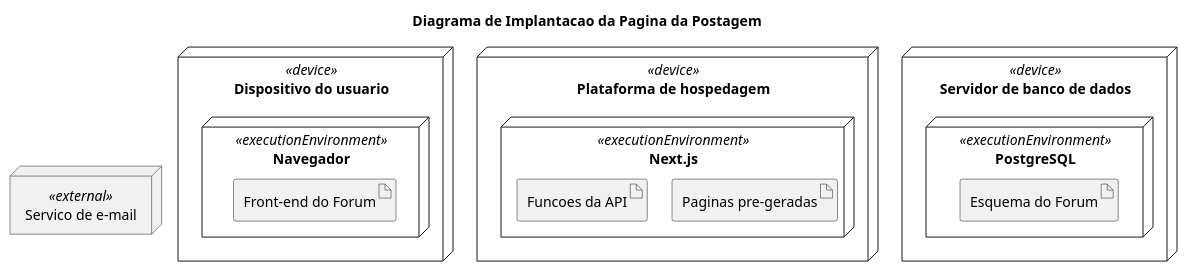
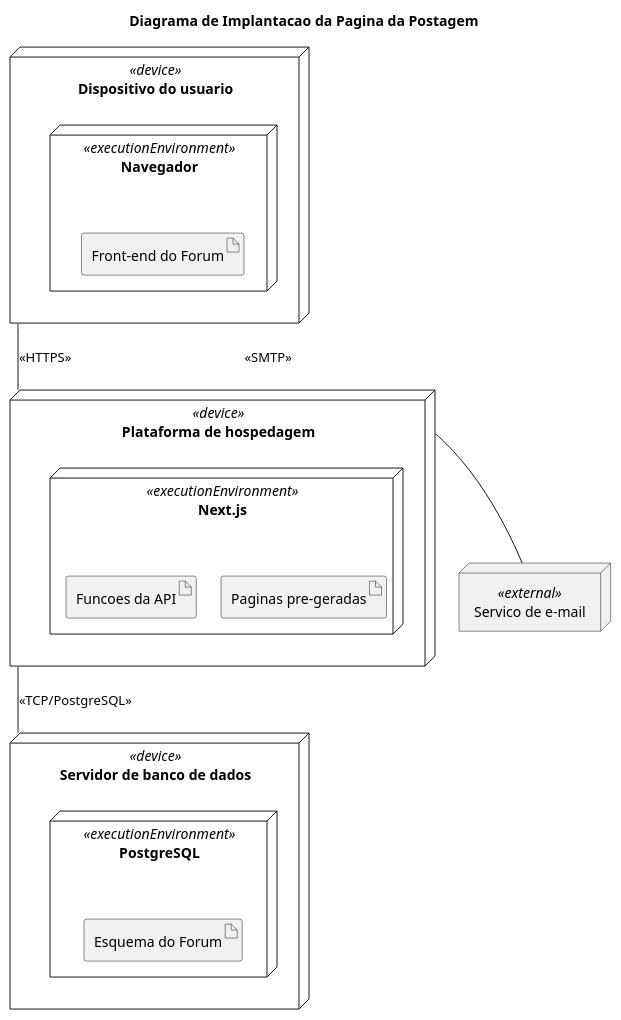
The second of 2 diagrams in docs/Base/Relatórios/SubEquipe_03/ModelagemEstatica.md (UnBArqDsw2026-2-Turma01/RepositorioTemplateEntrega2-TabNews-Forum), drawn with PlantUML before and after one commit.

Commit message:
docs(entrega2): diagrama de implantação - caminhos de comunicação - Leonardo Bonetti

````diff
--- a/docs/Base/Relatórios/SubEquipe_03/ModelagemEstatica.md
+++ b/docs/Base/Relatórios/SubEquipe_03/ModelagemEstatica.md
@@ -112,30 +112,34 @@
 ```plantuml
 @startuml
 title Diagrama de Implantacao da Pagina da Postagem
 
 skinparam componentStyle uml2
 skinparam nodesep 25
 skinparam ranksep 55
 
 node "Dispositivo do usuario" <<device>> as dispositivo {
   node "Navegador" <<executionEnvironment>> as navegador {
     artifact "Front-end do Forum" as frontend
   }
 }
 
 node "Plataforma de hospedagem" <<device>> as hospedagem {
   node "Next.js" <<executionEnvironment>> as nextjs {
     artifact "Paginas pre-geradas" as paginas
     artifact "Funcoes da API" as funcoesApi
   }
 }
 
 node "Servidor de banco de dados" <<device>> as servidorBanco {
   node "PostgreSQL" <<executionEnvironment>> as postgres {
     artifact "Esquema do Forum" as esquema
   }
 }
 
 node "Servico de e-mail" <<external>> as email
+
+dispositivo -down- hospedagem : <<HTTPS>>
+hospedagem -down- servidorBanco : <<TCP/PostgreSQL>>
+hospedagem -right- email : <<SMTP>>
 @enduml
 ```
````
